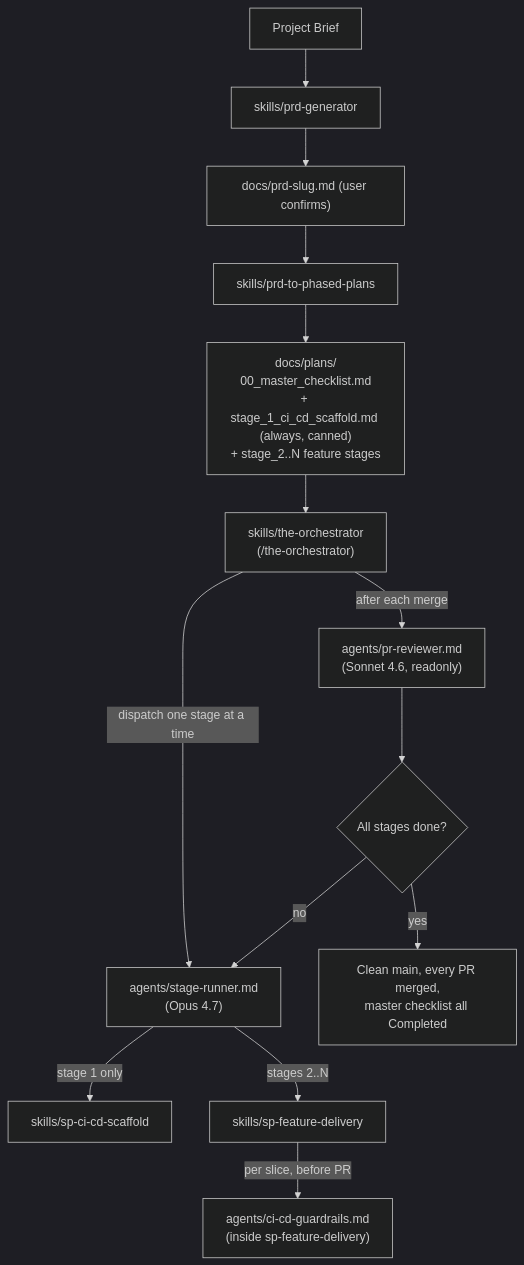
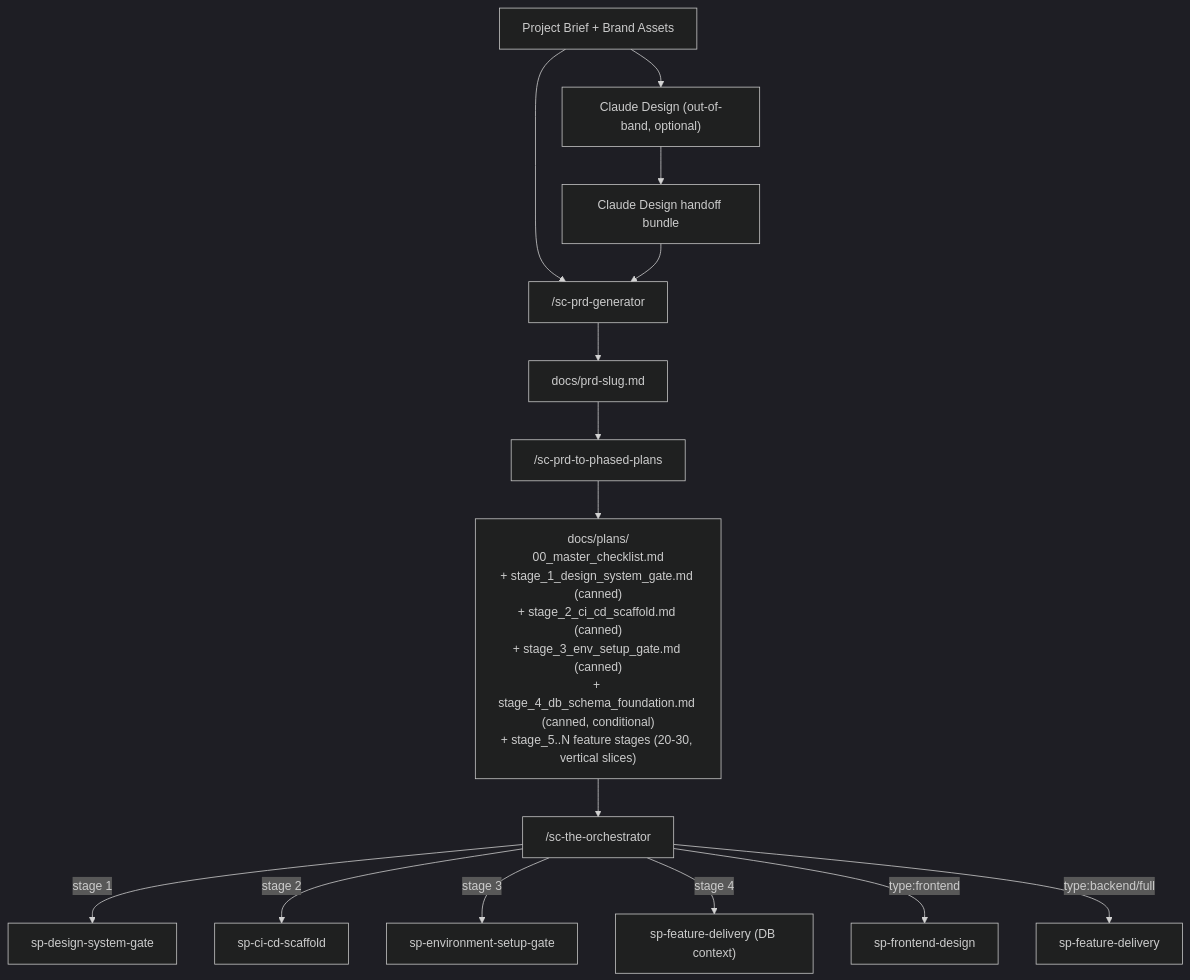
Before and after one commit to steve-piece/Stagecoach: the diagram in README.md, drawn with Mermaid (dark theme). The commit also changed other lines of this file and 13 other files, not shown here.

````diff
--- a/README.md
+++ b/README.md
@@ -25,16 +31,17 @@
 ```mermaid
 flowchart TD
-    Brief[Project Brief] --> PRDGen["skills/prd-generator"]
-    PRDGen --> PRD["docs/prd-slug.md (user confirms)"]
-    PRD --> Phased["skills/prd-to-phased-plans"]
-    Phased --> Plans["docs/plans/<br/>00_master_checklist.md<br/>+ stage_1_ci_cd_scaffold.md (always, canned)<br/>+ stage_2..N feature stages"]
-    Plans --> Orchestrator["skills/the-orchestrator<br/>(/the-orchestrator)"]
-    Orchestrator -->|dispatch one stage at a time| StageRunner["agents/stage-runner.md<br/>(Opus 4.7)"]
-    StageRunner -->|stage 1 only| Scaffold["skills/sp-ci-cd-scaffold"]
-    StageRunner -->|stages 2..N| Feature["skills/sp-feature-delivery"]
-    Feature -->|per slice, before PR| Guardrails["agents/ci-cd-guardrails.md<br/>(inside sp-feature-delivery)"]
-    Orchestrator -->|after each merge| PRReview["agents/pr-reviewer.md<br/>(Sonnet 4.6, readonly)"]
-    PRReview --> NextStage{All stages done?}
-    NextStage -->|no| StageRunner
-    NextStage -->|yes| Done["Clean main, every PR merged,<br/>master checklist all Completed"]
+    Brief["Project Brief + Brand Assets"] --> CD["Claude Design (out-of-band, optional)"]
+    CD --> Bundle["Claude Design handoff bundle"]
+    Brief --> PRDGen["/sc-prd-generator"]
+    Bundle --> PRDGen
+    PRDGen --> PRD["docs/prd-slug.md"]
+    PRD --> Phased["/sc-prd-to-phased-plans"]
+    Phased --> Plans["docs/plans/<br/>00_master_checklist.md<br/>+ stage_1_design_system_gate.md (canned)<br/>+ stage_2_ci_cd_scaffold.md (canned)<br/>+ stage_3_env_setup_gate.md (canned)<br/>+ stage_4_db_schema_foundation.md (canned, conditional)<br/>+ stage_5..N feature stages (20-30, vertical slices)"]
+    Plans --> Orchestrator["/sc-the-orchestrator"]
+    Orchestrator -->|stage 1| DSGate["sp-design-system-gate"]
+    Orchestrator -->|stage 2| Scaffold["sp-ci-cd-scaffold"]
+    Orchestrator -->|stage 3| EnvGate["sp-environment-setup-gate"]
+    Orchestrator -->|stage 4| DBSchema["sp-feature-delivery (DB context)"]
+    Orchestrator -->|type:frontend| FE["sp-frontend-design"]
+    Orchestrator -->|type:backend/full| Feature["sp-feature-delivery"]
 ```
````
